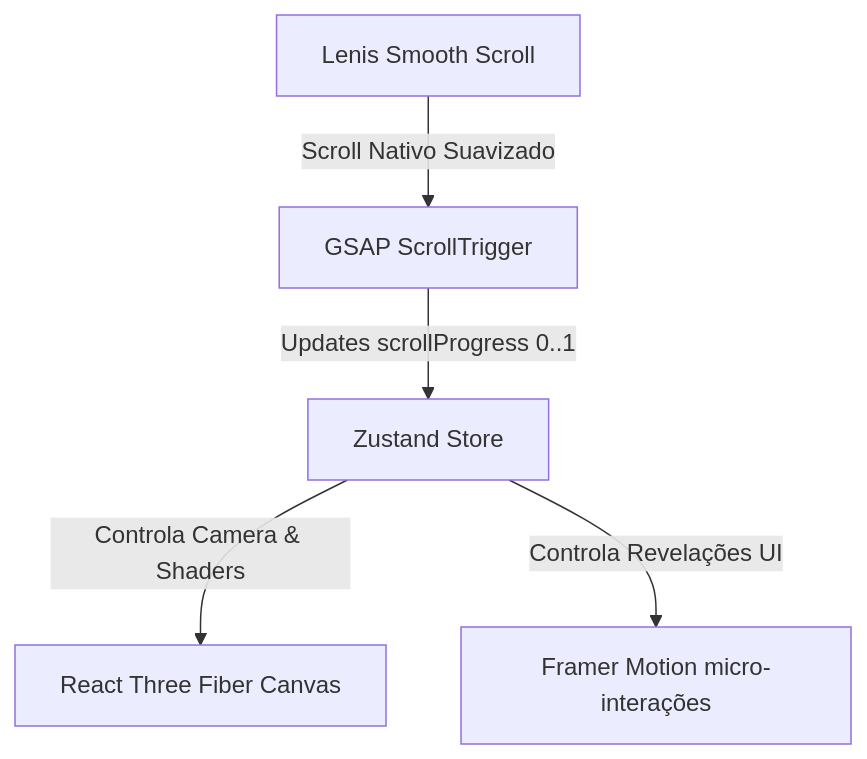
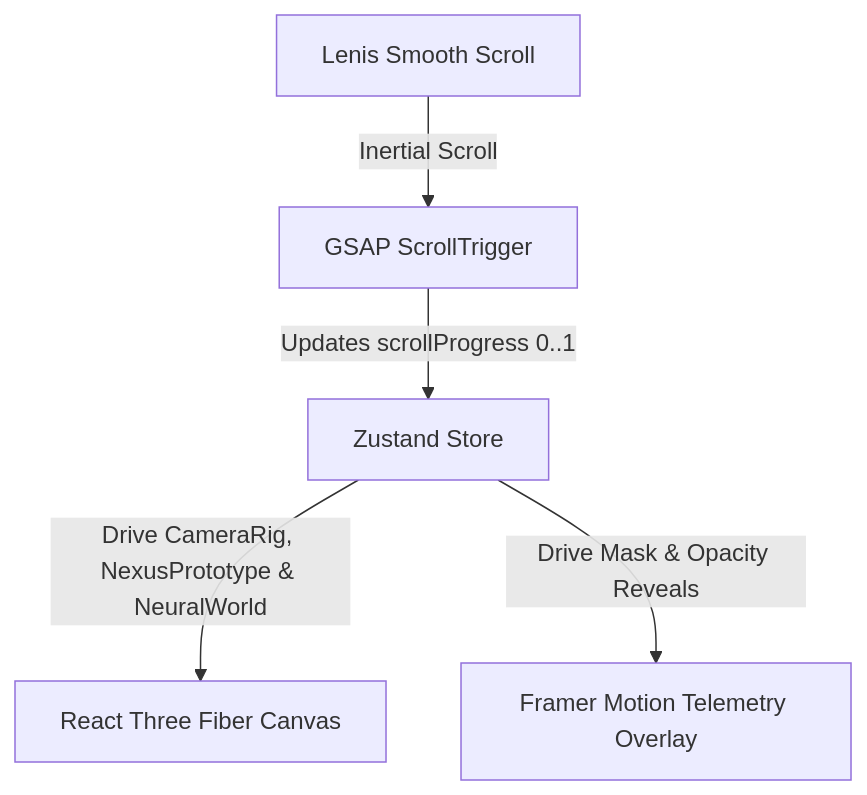
Before and after one commit to lucassantana2301-bot/Desafiolink: the diagram in docs/MOTION_SYSTEM.md, drawn with Mermaid. The commit also changed other lines of this file and 22 other files, not shown here.

````diff
--- a/docs/MOTION_SYSTEM.md
+++ b/docs/MOTION_SYSTEM.md
@@ -7,7 +7,7 @@
 ```mermaid
 graph TD
-    Lenis[Lenis Smooth Scroll] -->|Scroll Nativo Suavizado| GSAP[GSAP ScrollTrigger]
+    Lenis[Lenis Smooth Scroll] -->|Inertial Scroll| GSAP[GSAP ScrollTrigger]
     GSAP -->|Updates scrollProgress 0..1| Store[Zustand Store]
-    Store -->|Controla Camera & Shaders| R3F[React Three Fiber Canvas]
-    Store -->|Controla Revelações UI| FM[Framer Motion micro-interações]
+    Store -->|Drive CameraRig, NexusPrototype & NeuralWorld| R3F[React Three Fiber Canvas]
+    Store -->|Drive Mask & Opacity Reveals| UI[Framer Motion Telemetry Overlay]
 ```
````
